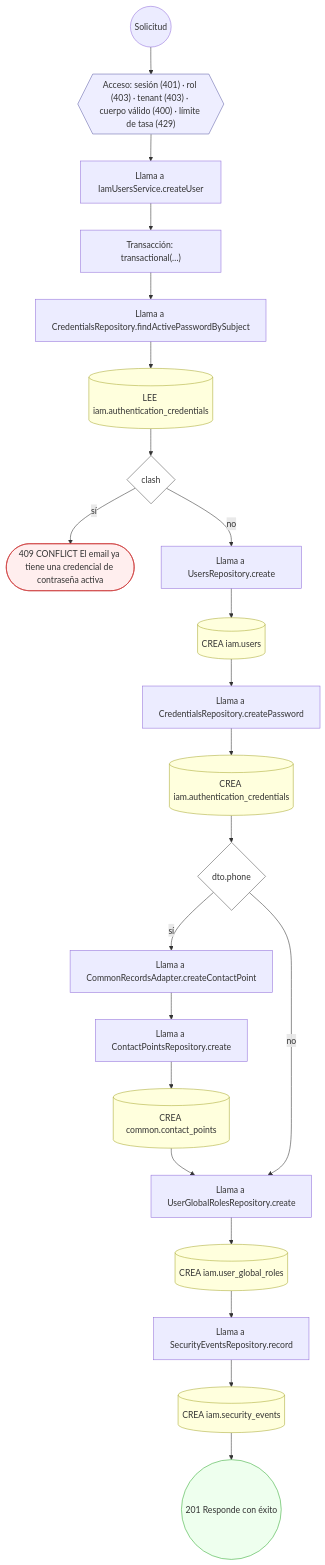
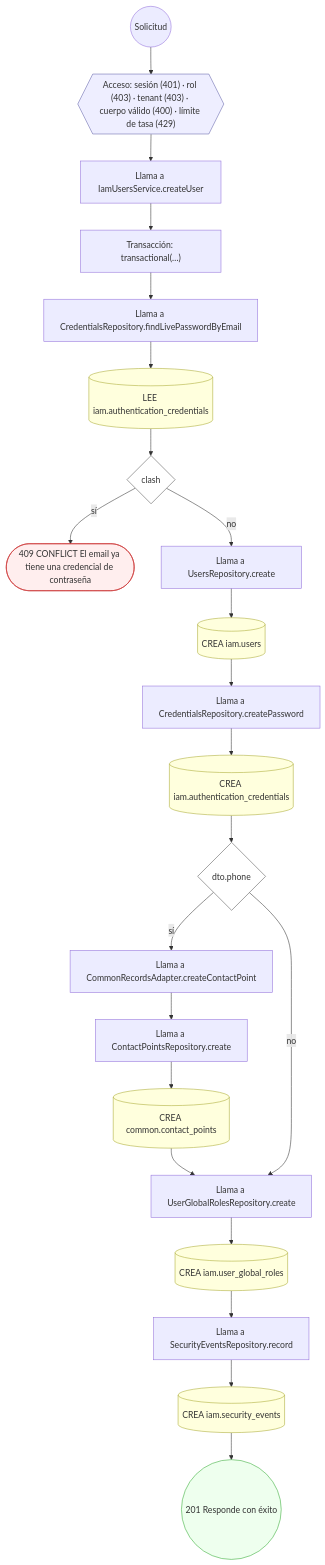
Before and after one commit to mdavila-2001/mantra-core-health-api: diagram 21 of 36 in docs/inventario/flujos/iam.md, drawn with Mermaid. The commit also changed other lines of this file and 131 other files, not shown here.

````diff
--- a/docs/inventario/flujos/iam.md
+++ b/docs/inventario/flujos/iam.md
@@ -2116,51 +2116,51 @@
 ```mermaid
 flowchart TD
   n1(("Solicitud")):::inicio
   n2{{"Acceso: sesión (401) · rol (403) · tenant (403) · cuerpo válido (400) · límite de tasa (429)"}}:::acceso
   n1 --> n2
   n3["Llama a IamUsersService.createUser"]:::llamada
   n2 --> n3
   n4["Transacción: transactional(…)"]:::transaccion
   n3 --> n4
-  n5["Llama a CredentialsRepository.findActivePasswordBySubject"]:::llamada
+  n5["Llama a CredentialsRepository.findLivePasswordByEmail"]:::llamada
   n4 --> n5
   n6[("LEE iam.authentication_credentials")]:::efecto
   n5 --> n6
   n7{"clash"}:::decision
   n6 --> n7
-  n8(["409 CONFLICT El email ya tiene una credencial de contraseña activa"]):::error
+  n8(["409 CONFLICT El email ya tiene una credencial de contraseña"]):::error
   n7 -->|"sí"| n8
   n9["Llama a UsersRepository.create"]:::llamada
   n7 -->|"no"| n9
   n10[("CREA iam.users")]:::efecto
   n9 --> n10
   n11["Llama a CredentialsRepository.createPassword"]:::llamada
   n10 --> n11
   n12[("CREA iam.authentication_credentials")]:::efecto
   n11 --> n12
   n13{"dto.phone"}:::decision
   n12 --> n13
   n14["Llama a CommonRecordsAdapter.createContactPoint"]:::llamada
   n13 -->|"sí"| n14
   n15["Llama a ContactPointsRepository.create"]:::llamada
   n14 --> n15
   n16[("CREA common.contact_points")]:::efecto
   n15 --> n16
   n17["Llama a UserGlobalRolesRepository.create"]:::llamada
   n16 --> n17
   n13 -->|"no"| n17
   n18[("CREA iam.user_global_roles")]:::efecto
   n17 --> n18
   n19["Llama a SecurityEventsRepository.record"]:::llamada
   n18 --> n19
   n20[("CREA iam.security_events")]:::efecto
   n19 --> n20
   n21(("201 Responde con éxito")):::ok
   n20 --> n21
   classDef acceso fill:#eef,stroke:#66a
   classDef error fill:#fee,stroke:#c33
   classDef ok fill:#efe,stroke:#3a3
   classDef efecto fill:#ffd,stroke:#aa3
   classDef decision fill:#fff,stroke:#555
   classDef corte fill:#eee,stroke:#999,stroke-dasharray: 4
 ```
````
